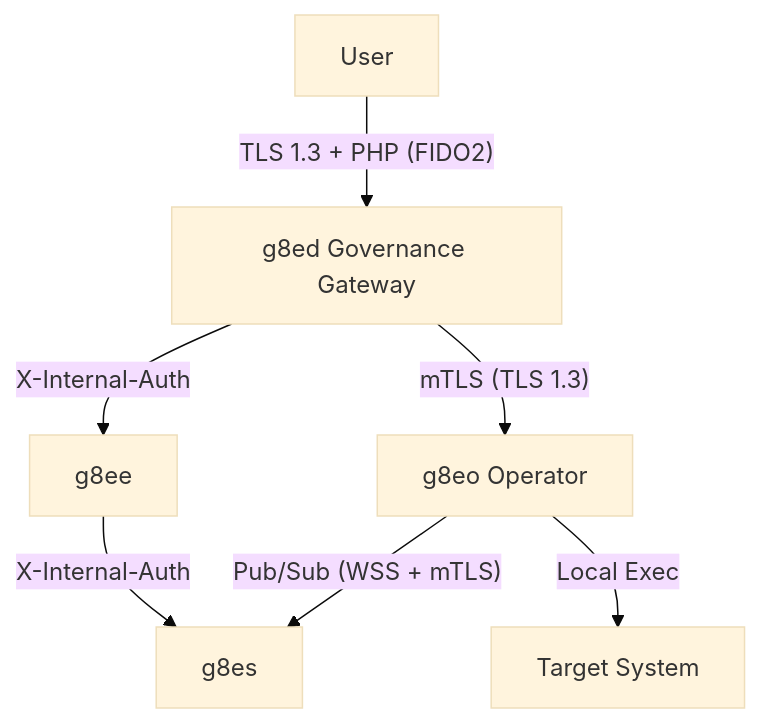
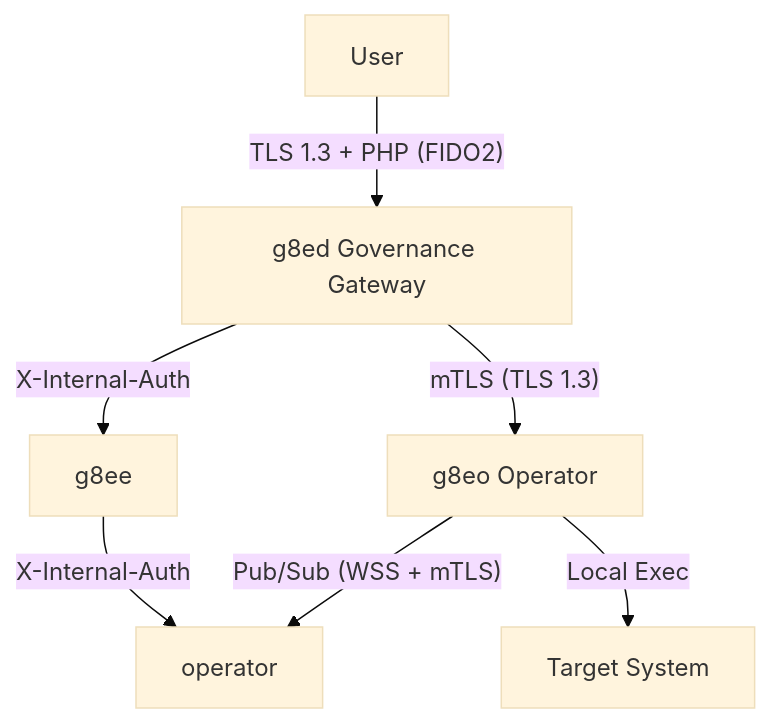
Before and after one commit to g8e-ai/g8e: the diagram in docs/architecture/security.md, drawn with Mermaid (base theme). The commit also changed other lines of this file and 1678 other files, not shown here.

````diff
--- a/docs/architecture/security.md
+++ b/docs/architecture/security.md
@@ -32,9 +32,9 @@
 ```mermaid
 graph TD
     User[User] -- "TLS 1.3 + PHP (FIDO2)" --> g8ed
     g8ed[g8ed Governance Gateway] -- "X-Internal-Auth" --> g8ee
     g8ed -- "mTLS (TLS 1.3)" --> g8eo
-    g8ee -- "X-Internal-Auth" --> g8es
-    g8eo[g8eo Operator] -- "Pub/Sub (WSS + mTLS)" --> g8es
+    g8ee -- "X-Internal-Auth" --> operator
+    g8eo[g8eo Operator] -- "Pub/Sub (WSS + mTLS)" --> operator
     g8eo -- "Local Exec" --> Host[Target System]
 ```
````
